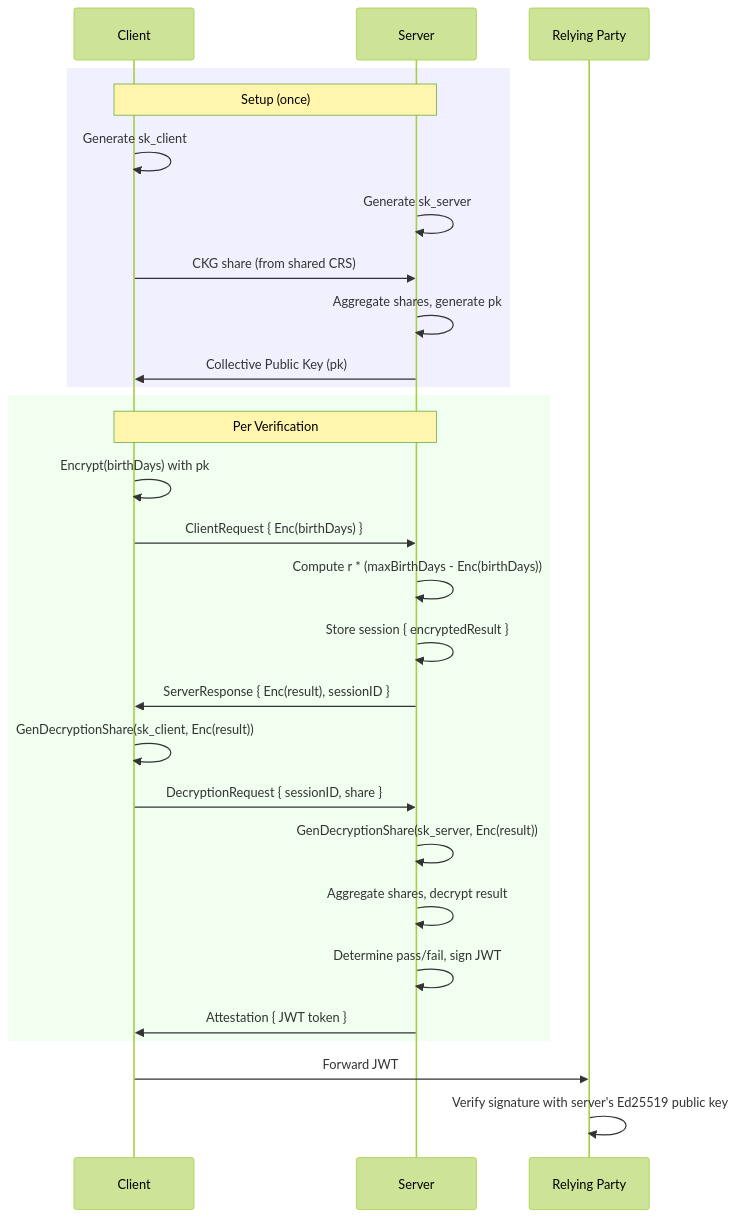
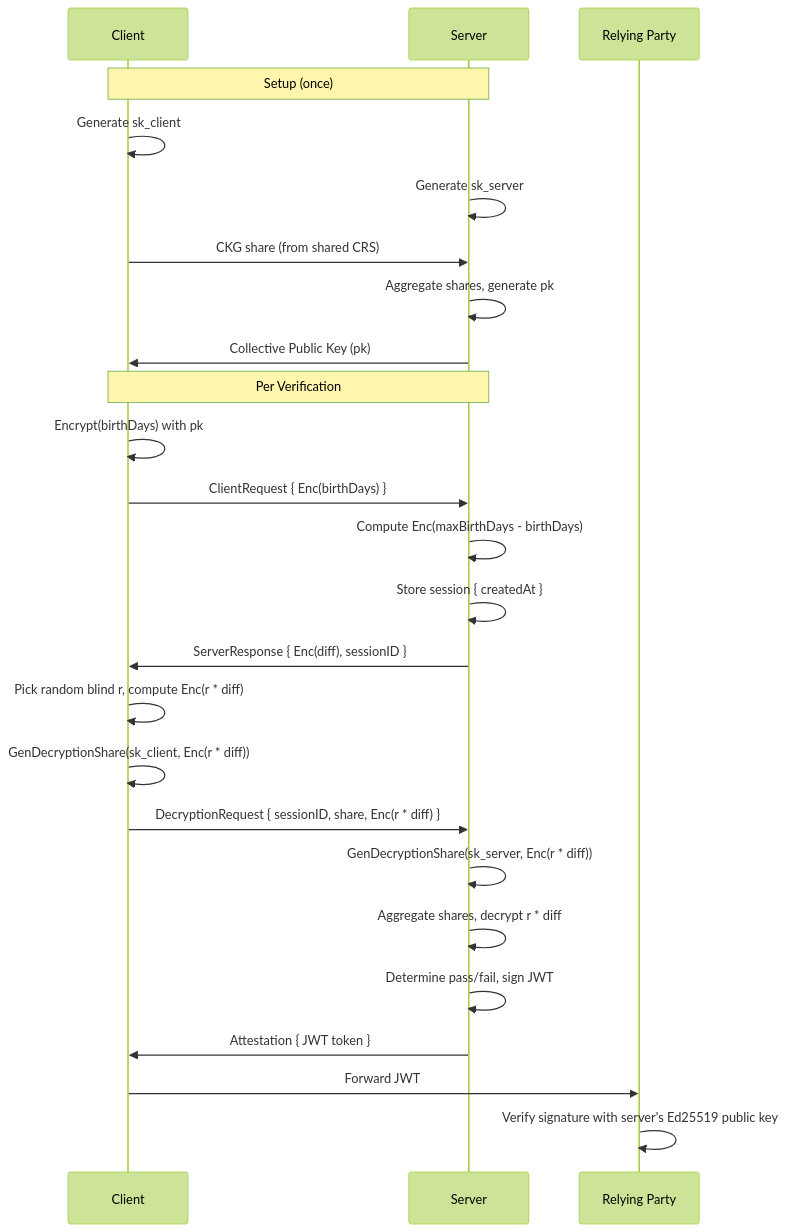
The diagram in README.md (AndersNS/homomorphic-age-verification), drawn with Mermaid (forest theme) before and after one commit. The commit also changed other lines of this file and 6 other files, not shown here.

````diff
--- a/README.md
+++ b/README.md
@@ -11,33 +11,30 @@
 ```mermaid
 sequenceDiagram
     participant C as Client
     participant S as Server
     participant RP as Relying Party
 
-    rect rgb(240, 240, 255)
     note over C, S: Setup (once)
     C->>C: Generate sk_client
     S->>S: Generate sk_server
     C->>S: CKG share (from shared CRS)
     S->>S: Aggregate shares, generate pk
     S->>C: Collective Public Key (pk)
-    end
 
-    rect rgb(240, 255, 240)
     note over C, S: Per Verification
     C->>C: Encrypt(birthDays) with pk
     C->>S: ClientRequest { Enc(birthDays) }
-    S->>S: Compute r * (maxBirthDays - Enc(birthDays))
-    S->>S: Store session { encryptedResult }
-    S->>C: ServerResponse { Enc(result), sessionID }
-    C->>C: GenDecryptionShare(sk_client, Enc(result))
-    C->>S: DecryptionRequest { sessionID, share }
-    S->>S: GenDecryptionShare(sk_server, Enc(result))
-    S->>S: Aggregate shares, decrypt result
+    S->>S: Compute Enc(maxBirthDays - birthDays)
+    S->>S: Store session { createdAt }
+    S->>C: ServerResponse { Enc(diff), sessionID }
+    C->>C: Pick random blind r, compute Enc(r * diff)
+    C->>C: GenDecryptionShare(sk_client, Enc(r * diff))
+    C->>S: DecryptionRequest { sessionID, share, Enc(r * diff) }
+    S->>S: GenDecryptionShare(sk_server, Enc(r * diff))
+    S->>S: Aggregate shares, decrypt r * diff
     S->>S: Determine pass/fail, sign JWT
     S->>C: Attestation { JWT token }
-    end
 
     C->>RP: Forward JWT
     RP->>RP: Verify signature with server's Ed25519 public key
 ```
````
